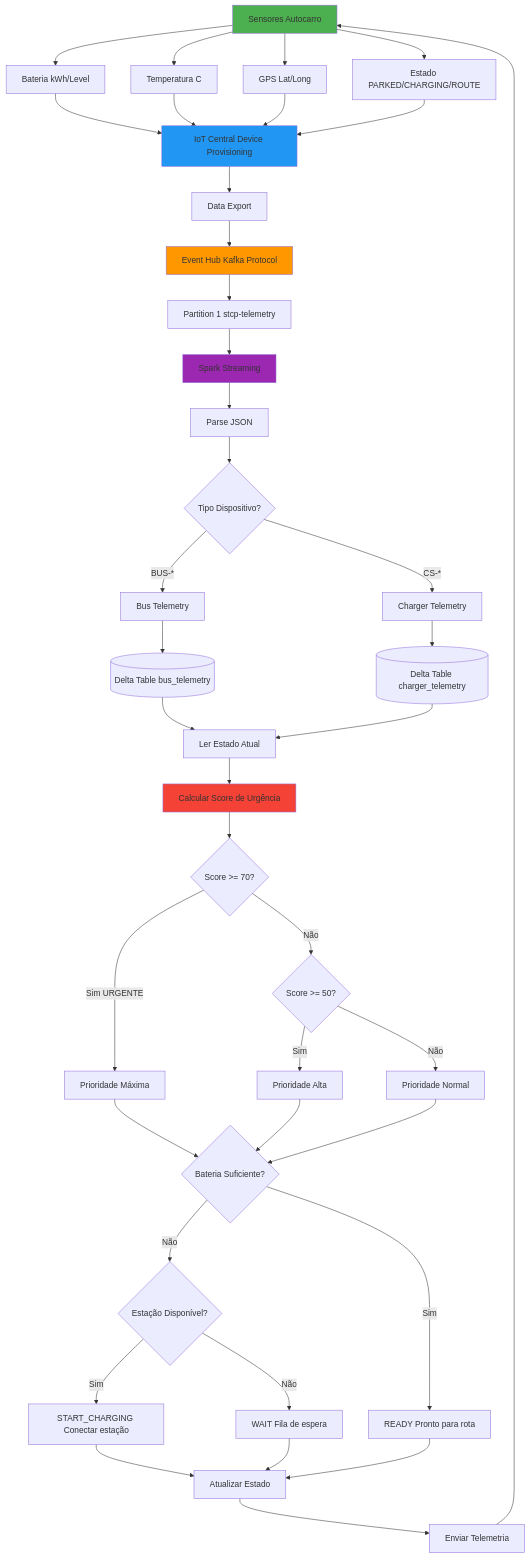
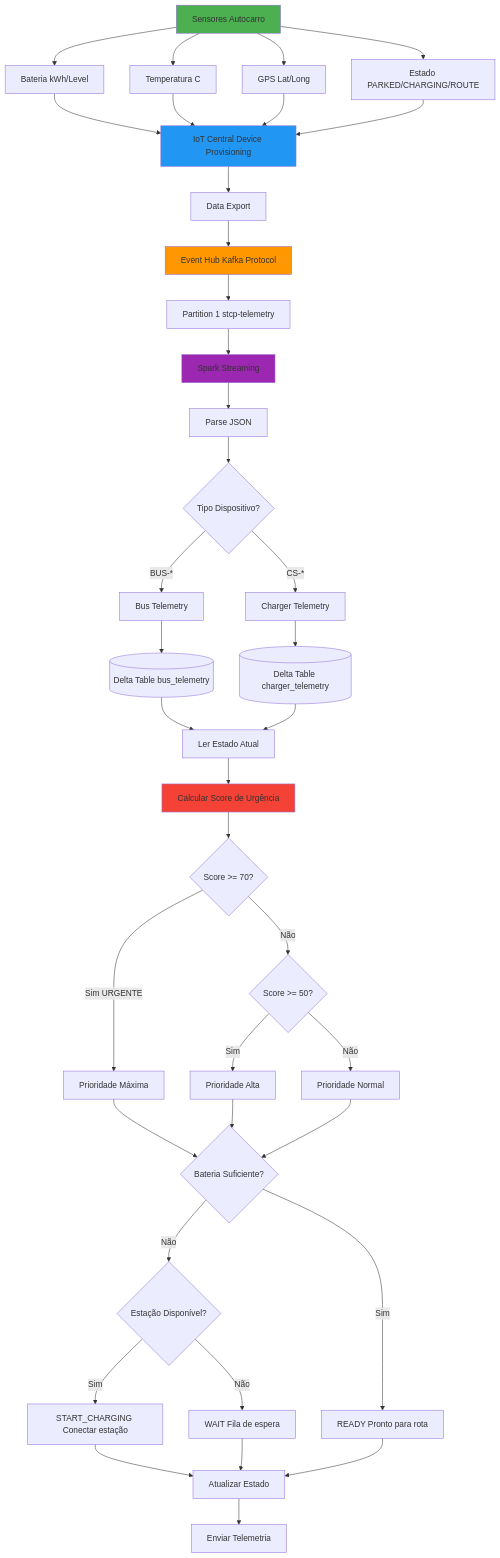
One commit to Highleaf2/stcp-bus-charging-simulation changed the first of 5 diagrams in WORKFLOW_DIAGRAMS.md. Above: the diagram before and after it, drawn with Mermaid.

````diff
--- a/WORKFLOW_DIAGRAMS.md
+++ b/WORKFLOW_DIAGRAMS.md
@@ -10,56 +10,56 @@
 ```mermaid
 graph TB
     A[Sensores Autocarro] --> A1[Bateria kWh/Level]
     A --> A2[Temperatura C]
     A --> A3[GPS Lat/Long]
     A --> A4[Estado PARKED/CHARGING/ROUTE]
     
     A1 --> B[IoT Central Device Provisioning]
     A2 --> B
     A3 --> B
     A4 --> B
     
     B --> C[Data Export]
     C --> D[Event Hub Kafka Protocol]
     D --> D1[Partition 1 stcp-telemetry]
     
     D1 --> E[Spark Streaming]
     E --> F[Parse JSON]
     F --> G{Tipo Dispositivo?}
     G -->|BUS-*| H[Bus Telemetry]
     G -->|CS-*| I[Charger Telemetry]
     H --> J[(Delta Table bus_telemetry)]
     I --> K[(Delta Table charger_telemetry)]
     
     J --> M[Ler Estado Atual]
     K --> M
     M --> N[Calcular Score de Urgência]
     
     N --> O{Score >= 70?}
     O -->|Sim URGENTE| P[Prioridade Máxima]
     O -->|Não| Q{Score >= 50?}
     Q -->|Sim| R[Prioridade Alta]
     Q -->|Não| S[Prioridade Normal]
     
     P --> T{Bateria Suficiente?}
     R --> T
     S --> T
     
     T -->|Não| U{Estação Disponível?}
     T -->|Sim| V[READY Pronto para rota]
     
     U -->|Sim| W[START_CHARGING Conectar estação]
     U -->|Não| X[WAIT Fila de espera]
     
     W --> Y[Atualizar Estado]
     X --> Y
     V --> Y
     Y --> Z[Enviar Telemetria]
-    Z --> A
+
     
     style A fill:#4CAF50
     style B fill:#2196F3
     style D fill:#FF9800
     style E fill:#9C27B0
     style N fill:#F44336
 ```
````
